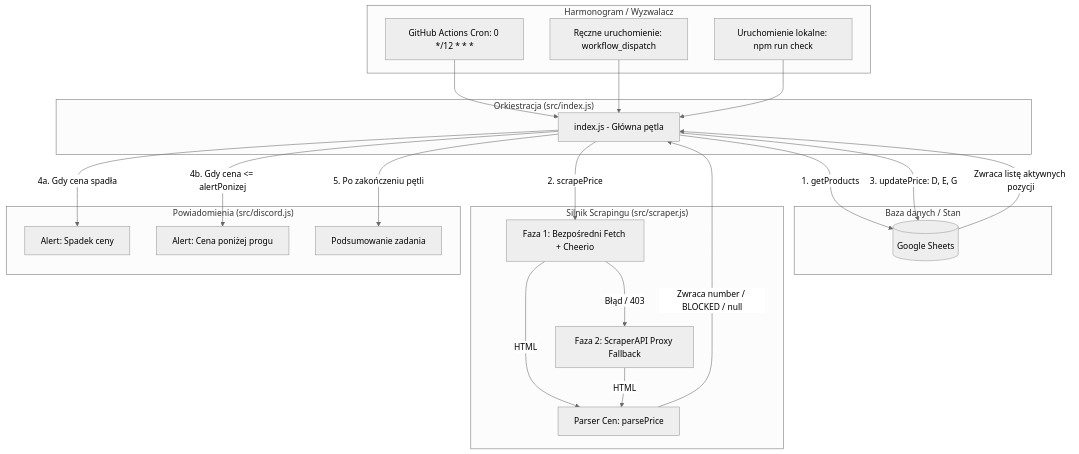
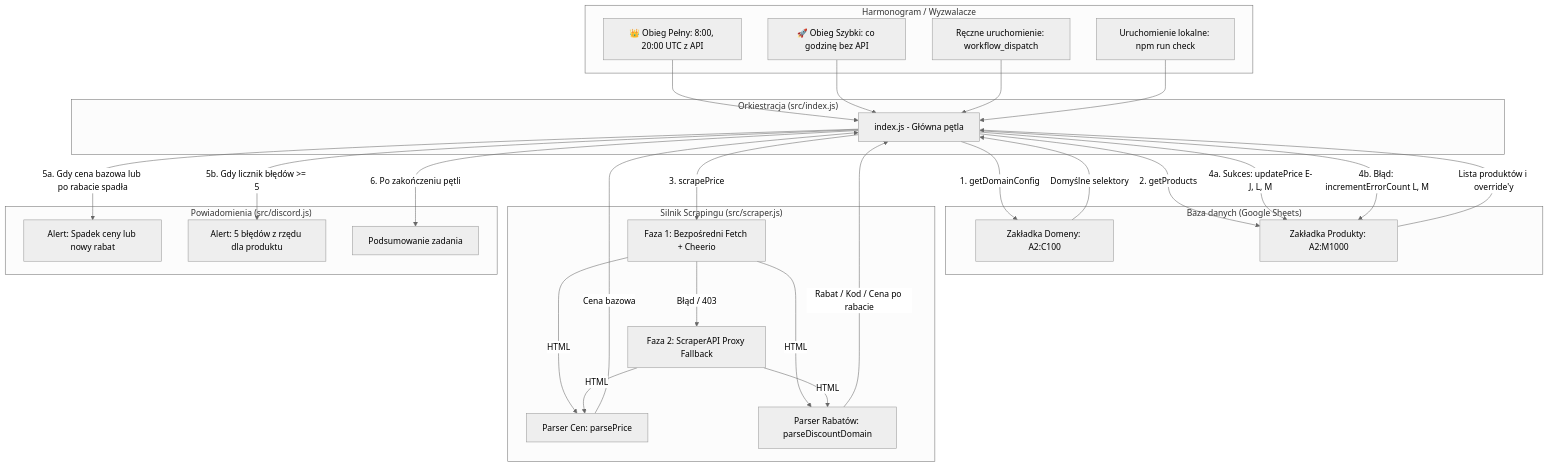
The first of 2 diagrams in docs/ARCHITECTURE.md (RekinPustelnik/price-tracker), drawn with Mermaid (neutral theme) before and after one commit. The commit also changed other lines of this file and 6 other files, not shown here.

````diff
--- a/docs/ARCHITECTURE.md
+++ b/docs/ARCHITECTURE.md
@@ -11,47 +11,57 @@
 ```mermaid
 flowchart TD
-    subgraph Trigger ["Harmonogram / Wyzwalacz"]
-        GA[GitHub Actions Cron: 0 */12 * * *]
+    subgraph Trigger ["Harmonogram / Wyzwalacze"]
+        GA_FULL[👑 Obieg Pełny: 8:00, 20:00 UTC z API]
+        GA_FAST[🚀 Obieg Szybki: co godzinę bez API]
         MAN[Ręczne uruchomienie: workflow_dispatch]
         LOC[Uruchomienie lokalne: npm run check]
     end
 
     subgraph Core ["Orkiestracja (src/index.js)"]
         IDX[index.js - Główna pętla]
     end
 
-    subgraph DataStore ["Baza danych / Stan"]
-        GS[(Google Sheets)]
+    subgraph DataStore ["Baza danych (Google Sheets)"]
+        GS_DOM[Zakładka Domeny: A2:C100]
+        GS_PROD[Zakładka Produkty: A2:M1000]
     end
 
     subgraph ScraperEngine ["Silnik Scrapingu (src/scraper.js)"]
         DIR[Faza 1: Bezpośredni Fetch + Cheerio]
         SAPI[Faza 2: ScraperAPI Proxy Fallback]
         PARSER[Parser Cen: parsePrice]
+        DISC_PARSER[Parser Rabatów: parseDiscountDomain]
     end
 
     subgraph Notifications ["Powiadomienia (src/discord.js)"]
-        DISC_DROP[Alert: Spadek ceny]
-        DISC_ALERT[Alert: Cena poniżej progu]
+        DISC_DROP[Alert: Spadek ceny lub nowy rabat]
+        DISC_ERR[Alert: 5 błędów z rzędu dla produktu]
         DISC_SUMM[Podsumowanie zadania]
     end
 
-    GA --> IDX
+    GA_FULL --> IDX
+    GA_FAST --> IDX
     MAN --> IDX
     LOC --> IDX
 
-    IDX -->|1. getProducts| GS
-    GS -->|Zwraca listę aktywnych pozycji| IDX
+    IDX -->|1. getDomainConfig| GS_DOM
+    GS_DOM -->|Domyślne selektory| IDX
+    IDX -->|2. getProducts| GS_PROD
+    GS_PROD -->|Lista produktów i override'y| IDX
 
-    IDX -->|2. scrapePrice| DIR
+    IDX -->|3. scrapePrice| DIR
     DIR -->|Błąd / 403| SAPI
     DIR -->|HTML| PARSER
+    DIR -->|HTML| DISC_PARSER
     SAPI -->|HTML| PARSER
-    PARSER -->|Zwraca number / BLOCKED / null| IDX
+    SAPI -->|HTML| DISC_PARSER
+    PARSER -->|Cena bazowa| IDX
+    DISC_PARSER -->|Rabat / Kod / Cena po rabacie| IDX
 
-    IDX -->|3. updatePrice: D, E, G| GS
+    IDX -->|4a. Sukces: updatePrice E-J, L, M| GS_PROD
+    IDX -->|4b. Błąd: incrementErrorCount L, M| GS_PROD
 
-    IDX -->|4a. Gdy cena spadła| DISC_DROP
-    IDX -->|4b. Gdy cena <= alertPonizej| DISC_ALERT
-    IDX -->|5. Po zakończeniu pętli| DISC_SUMM
+    IDX -->|5a. Gdy cena bazowa lub po rabacie spadła| DISC_DROP
+    IDX -->|5b. Gdy licznik błędów >= 5| DISC_ERR
+    IDX -->|6. Po zakończeniu pętli| DISC_SUMM
 ```
````
